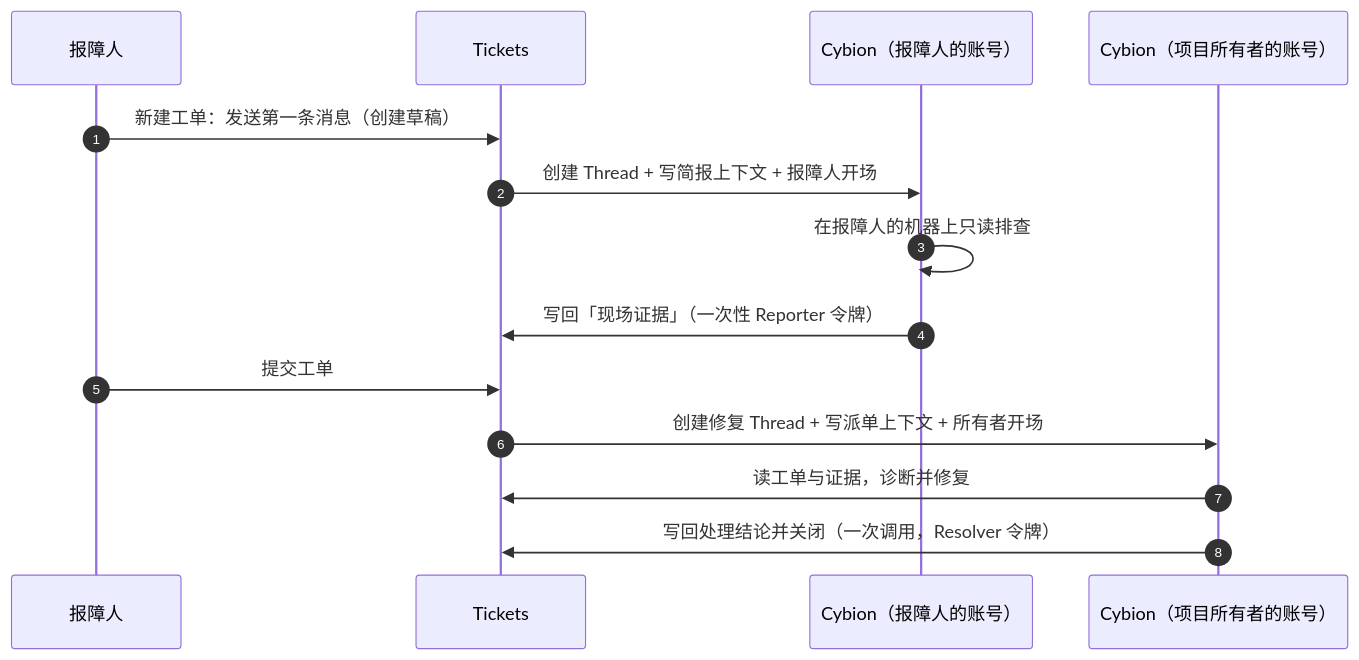
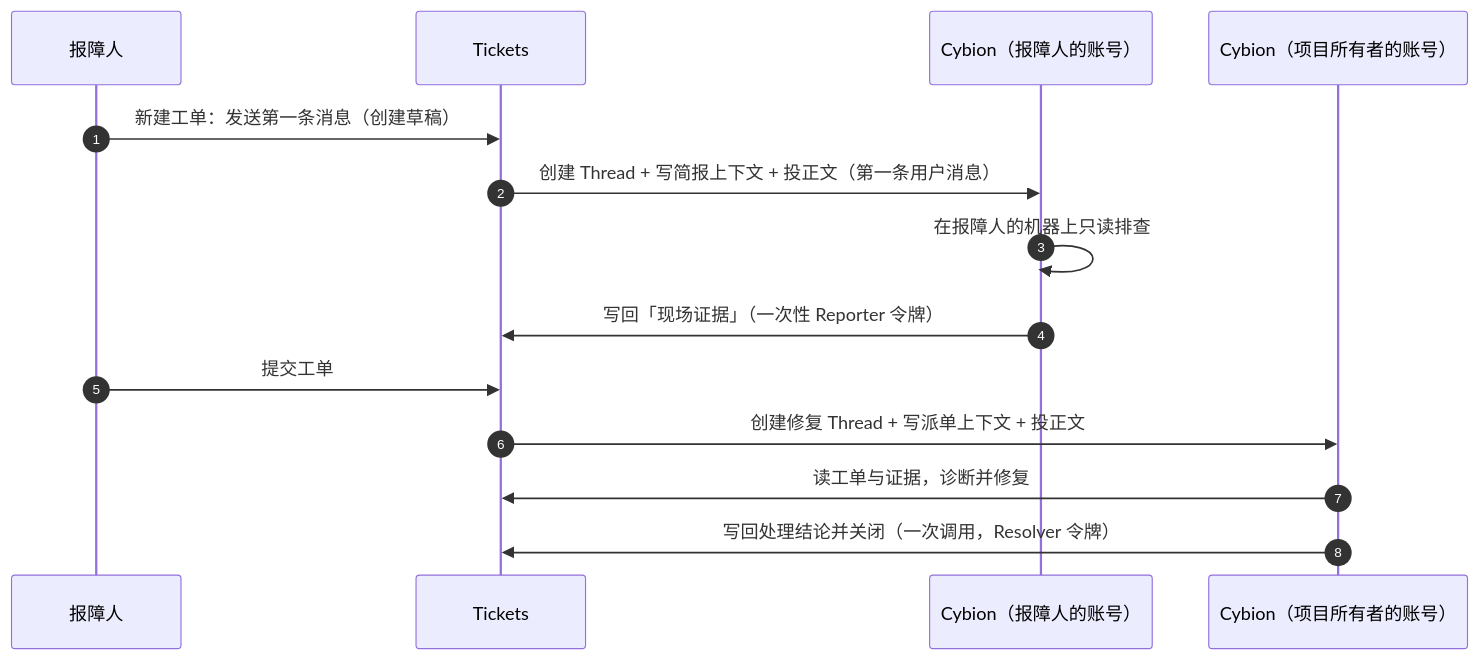
One commit to zccz14/tickets changed the first of 2 diagrams in README.md. Above: the diagram before and after it, drawn with Mermaid. The commit also changed 7 other files, not shown here.

````diff
--- a/README.md
+++ b/README.md
@@ -13,17 +13,17 @@
 ```mermaid
 sequenceDiagram
     autonumber
     participant R as 报障人
     participant T as Tickets
     participant C as Cybion（报障人的账号）
     participant X as Cybion（项目所有者的账号）
 
     R->>T: 新建工单：发送第一条消息（创建草稿）
-    T->>C: 创建 Thread + 写简报上下文 + 报障人开场
+    T->>C: 创建 Thread + 写简报上下文 + 投正文（第一条用户消息）
     C->>C: 在报障人的机器上只读排查
     C->>T: 写回「现场证据」（一次性 Reporter 令牌）
     R->>T: 提交工单
-    T->>X: 创建修复 Thread + 写派单上下文 + 所有者开场
+    T->>X: 创建修复 Thread + 写派单上下文 + 投正文
     X->>T: 读工单与证据，诊断并修复
     X->>T: 写回处理结论并关闭（一次调用，Resolver 令牌）
 ```
````
